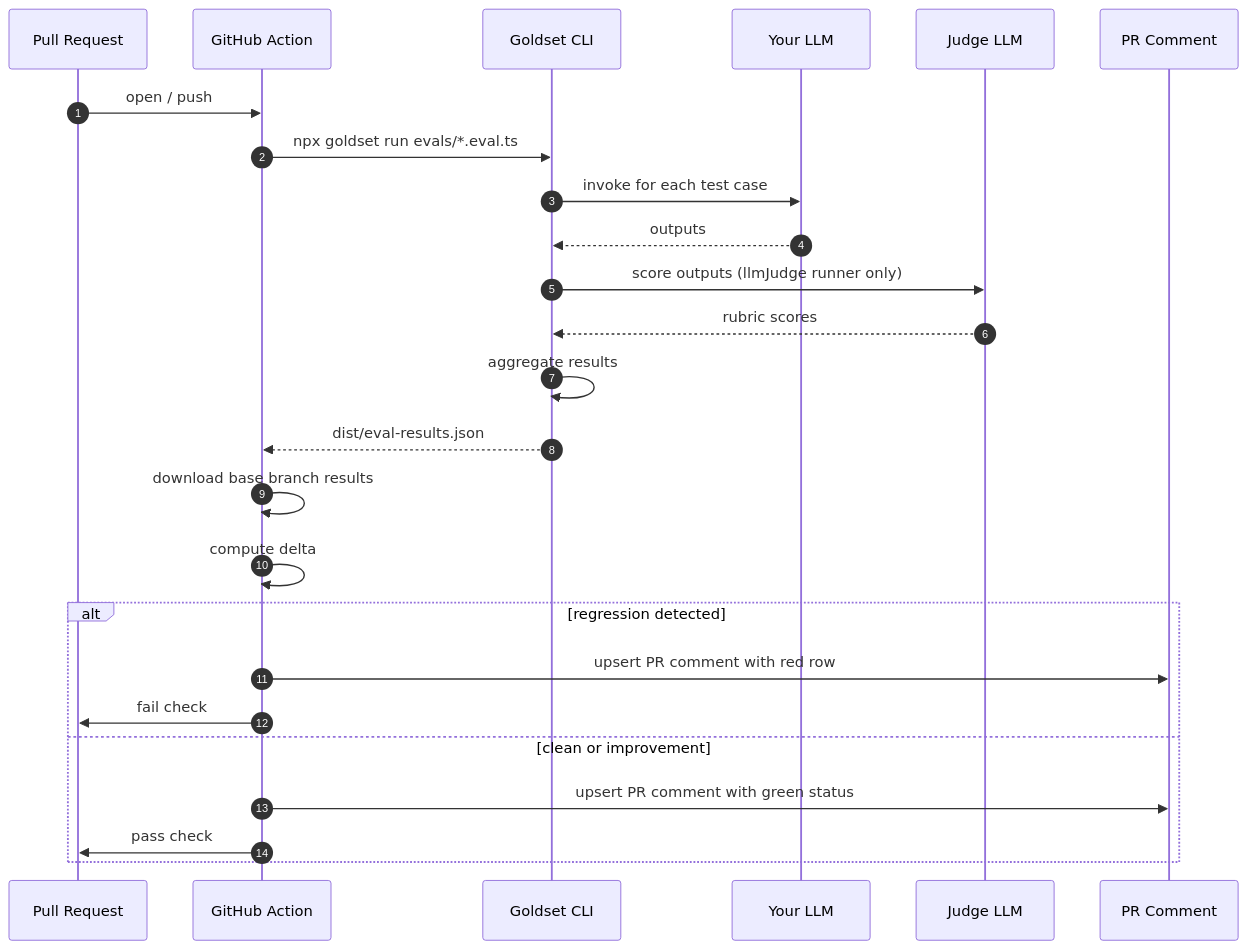
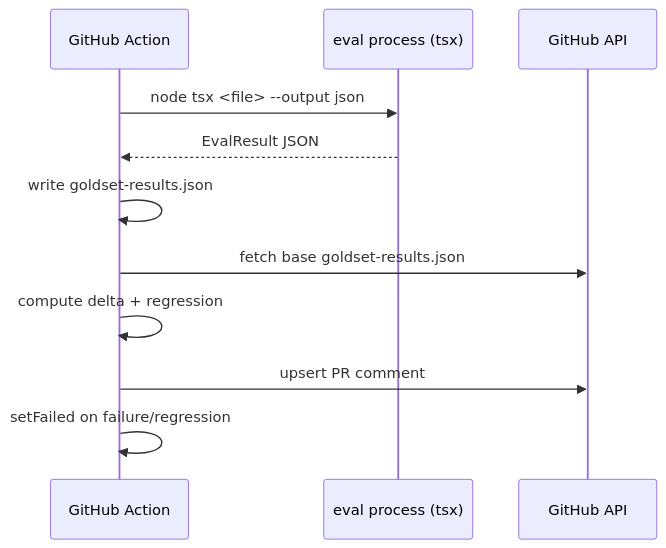
One commit to ykstorm/goldset changed the second of 2 diagrams in docs/architecture.md. Above: the diagram before and after it, drawn with Mermaid. The commit also changed other lines of this file and 61 other files, not shown here.

````diff
--- a/docs/architecture.md
+++ b/docs/architecture.md
@@ -53,29 +53,13 @@
 ```mermaid
 sequenceDiagram
-    autonumber
-    participant PR as Pull Request
     participant GHA as GitHub Action
-    participant G as Goldset CLI
-    participant LLM as Your LLM
-    participant Judge as Judge LLM
-    participant Cmt as PR Comment
-
-    PR->>GHA: open / push
-    GHA->>G: npx goldset run evals/*.eval.ts
-    G->>LLM: invoke for each test case
-    LLM-->>G: outputs
-    G->>Judge: score outputs (llmJudge runner only)
-    Judge-->>G: rubric scores
-    G->>G: aggregate results
-    G-->>GHA: dist/eval-results.json
-
-    GHA->>GHA: download base branch results
-    GHA->>GHA: compute delta
-    alt regression detected
-        GHA->>Cmt: upsert PR comment with red row
-        GHA->>PR: fail check
-    else clean or improvement
-        GHA->>Cmt: upsert PR comment with green status
-        GHA->>PR: pass check
-    end
+    participant Eval as eval process (tsx)
+    participant GH as GitHub API
+    GHA->>Eval: node tsx <file> --output json
+    Eval-->>GHA: EvalResult JSON
+    GHA->>GHA: write goldset-results.json
+    GHA->>GH: fetch base goldset-results.json
+    GHA->>GHA: compute delta + regression
+    GHA->>GH: upsert PR comment
+    GHA->>GHA: setFailed on failure/regression
 ```
````
